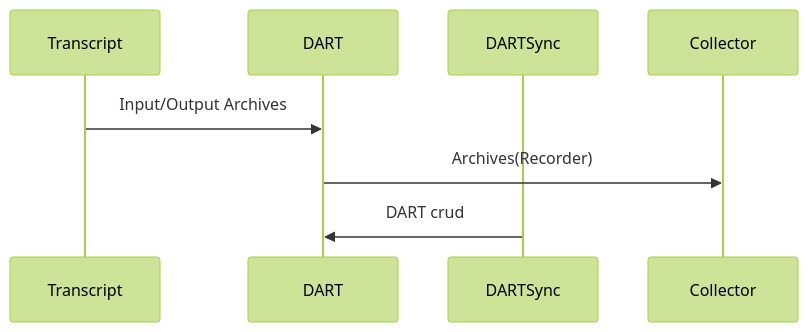
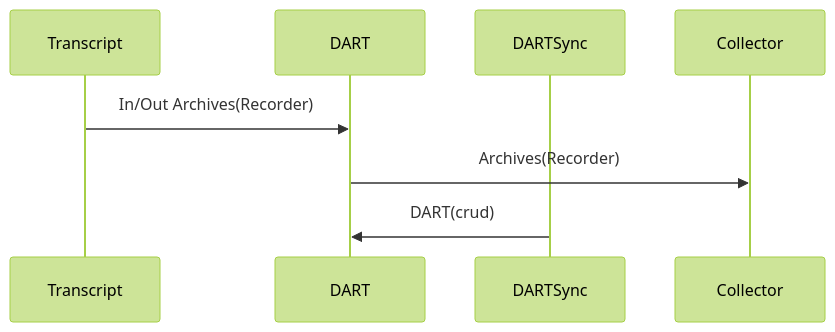
The diagram in documents/architecture/DART.md (tagion/tagion), drawn with Mermaid (forest theme) before and after one commit. The commit also changed other lines of this file and 6 other files, not shown here.

````diff
--- a/documents/architecture/DART.md
+++ b/documents/architecture/DART.md
@@ -32,10 +33,10 @@
 ```mermaid
 sequenceDiagram
     participant Transcript
     participant DART 
     participant DARTSync 
     participant Collector
-    Transcript ->> DART: Input/Output Archives
+    Transcript ->> DART: In/Out Archives(Recorder)
     DART ->> Collector: Archives(Recorder)
-    DARTSync ->> DART: DART crud 
+    DARTSync ->> DART: DART(crud) 
 ```
````
